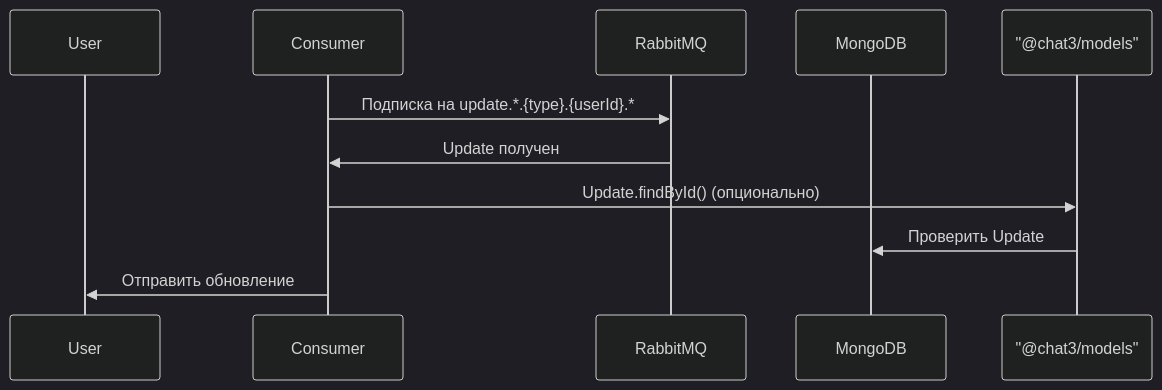
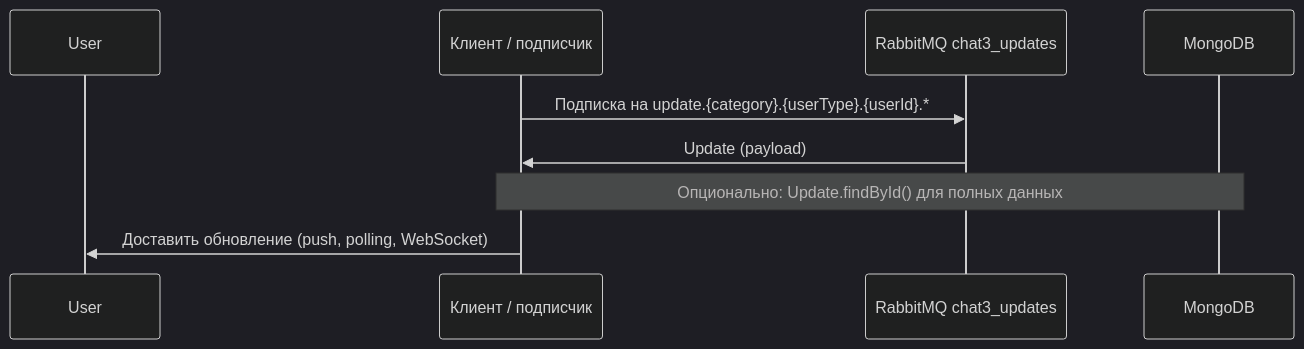
One commit to antirek/chat3 changed the seventh of 8 diagrams in docs/ARCHITECTURE.md. Above: the diagram before and after it, drawn with Mermaid (dark theme). The commit also changed other lines of this file and 3 other files, not shown here.

````diff
--- a/docs/ARCHITECTURE.md
+++ b/docs/ARCHITECTURE.md
@@ -287,14 +329,12 @@
 ```mermaid
 sequenceDiagram
     participant User
-    participant Consumer
-    participant RabbitMQ
-    participant MongoDB
-    participant Models as "@chat3/models"
-    
-    Consumer->>RabbitMQ: Подписка на update.*.{type}.{userId}.*
-    RabbitMQ->>Consumer: Update получен
-    Consumer->>Models: Update.findById() (опционально)
-    Models->>MongoDB: Проверить Update
-    Consumer->>User: Отправить обновление
+    participant Consumer as Клиент / подписчик
+    participant RMQ as RabbitMQ chat3_updates
+    participant DB as MongoDB
+
+    Consumer->>RMQ: Подписка на update.{category}.{userType}.{userId}.*
+    RMQ->>Consumer: Update (payload)
+    Note over Consumer,DB: Опционально: Update.findById() для полных данных
+    Consumer->>User: Доставить обновление (push, polling, WebSocket)
 ```
````
